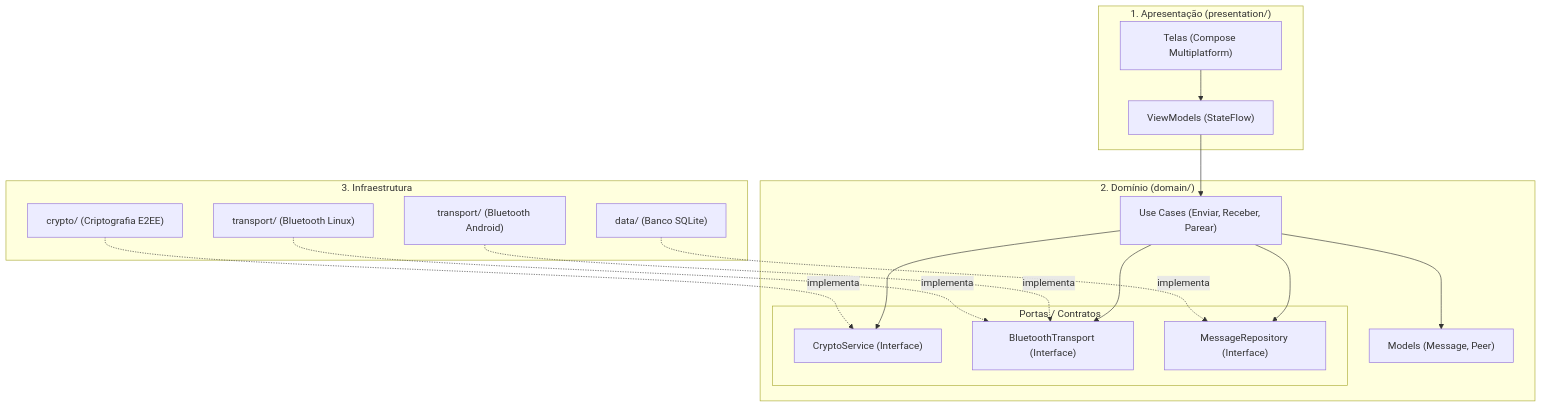
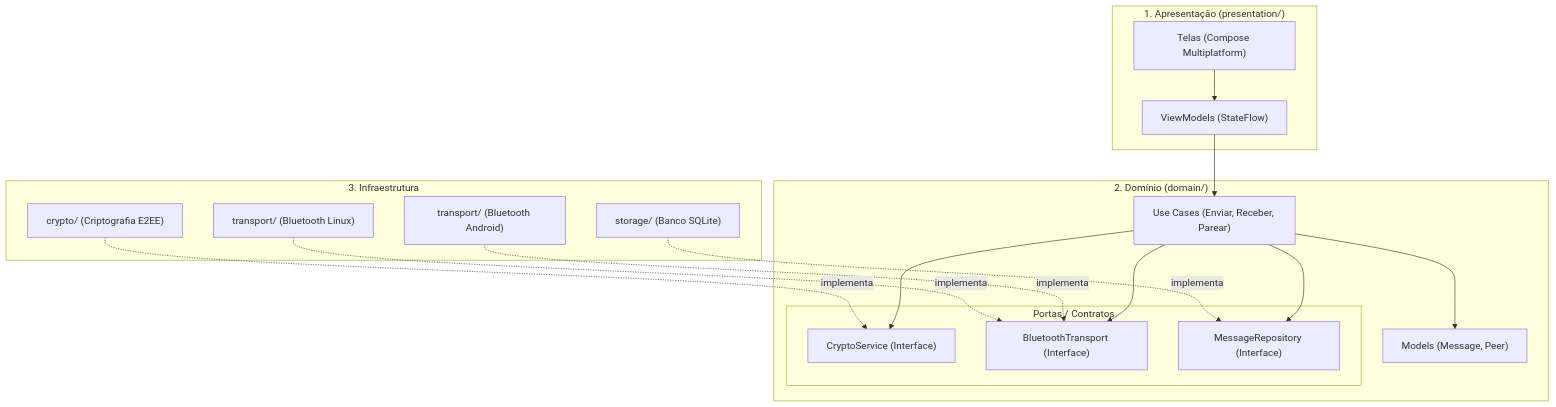
The first of 2 diagrams in docs/ARCHITECTURE.md (adriano-res/blue-messenger), drawn with Mermaid before and after one commit. The commit also changed other lines of this file and 27 other files, not shown here.

Commit message:
feat: implement SQLDelight multiplatform SQLite local storage and repositories

````diff
--- a/docs/ARCHITECTURE.md
+++ b/docs/ARCHITECTURE.md
@@ -8,37 +8,37 @@
 ```mermaid
 flowchart TD
     subgraph UI["1. Apresentação (presentation/)"]
         Screens["Telas (Compose Multiplatform)"]
         VM["ViewModels (StateFlow)"]
     end
 
     subgraph Domain["2. Domínio (domain/)"]
         UC["Use Cases (Enviar, Receber, Parear)"]
         Model["Models (Message, Peer)"]
         
         subgraph Ports["Portas / Contratos"]
             PortCrypto["CryptoService (Interface)"]
             PortBT["BluetoothTransport (Interface)"]
-            PortRepo["MessageRepository (Interface)"]
+            PortStorage["MessageRepository (Interface)"]
         end
     end
 
     subgraph Infra["3. Infraestrutura"]
         Crypto["crypto/ (Criptografia E2EE)"]
-        Data["data/ (Banco SQLite)"]
+        Storage["storage/ (Banco SQLite)"]
         BT_Android["transport/ (Bluetooth Android)"]
         BT_Linux["transport/ (Bluetooth Linux)"]
     end
 
     Screens --> VM
     VM --> UC
     UC --> Model
     UC --> PortCrypto
     UC --> PortBT
-    UC --> PortRepo
+    UC --> PortStorage
 
     Crypto -. implementa .-> PortCrypto
-    Data -. implementa .-> PortRepo
+    Storage -. implementa .-> PortStorage
     BT_Android -. implementa .-> PortBT
     BT_Linux -. implementa .-> PortBT
 ```
````
